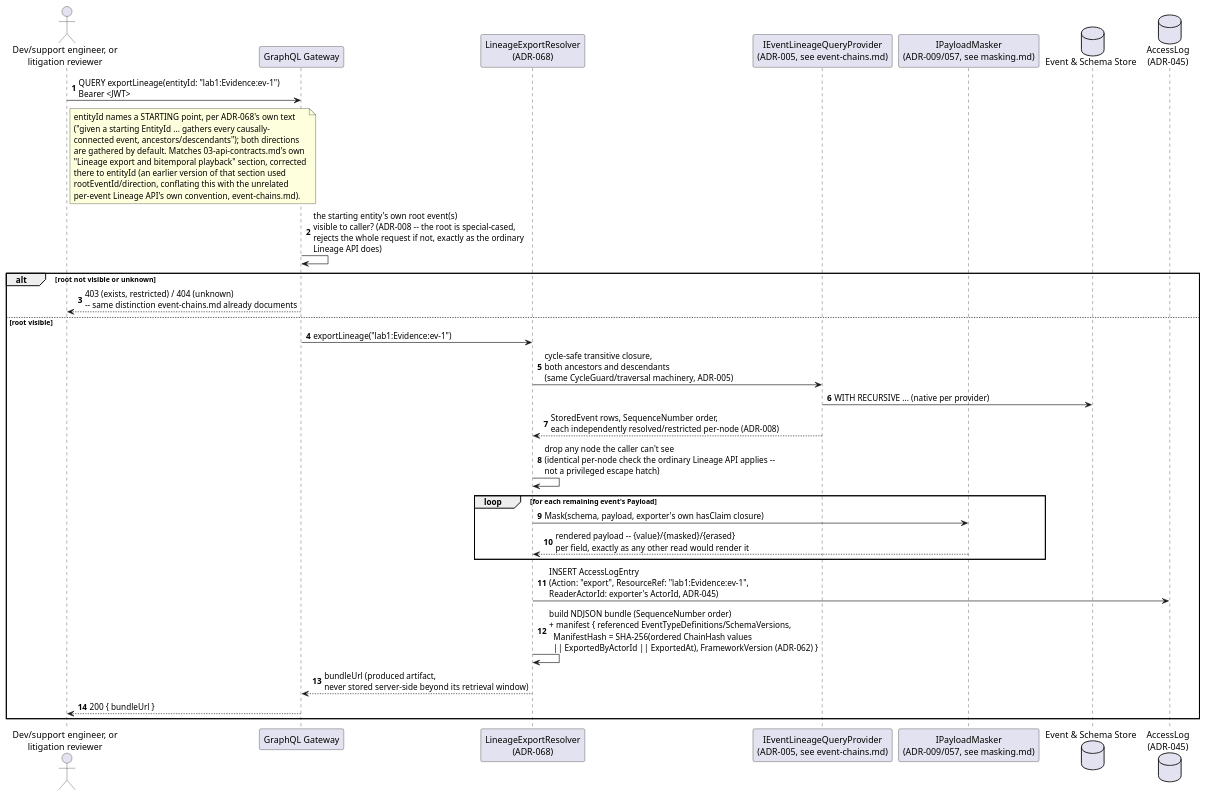
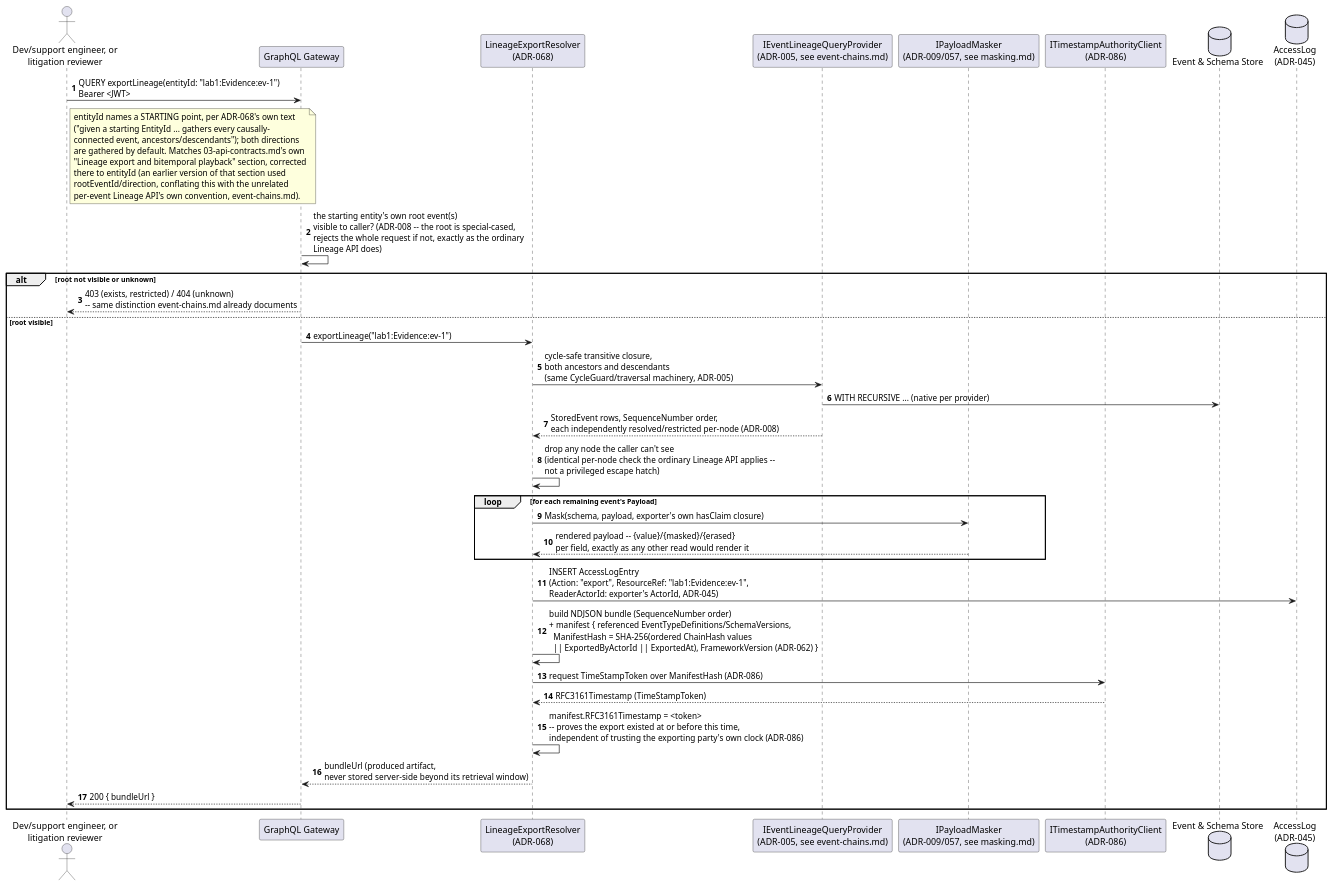
Before and after one commit to Mwwhited-BookLearning/EventSourcing: the first of 8 diagrams in docs/features/lineage-export-and-playback.md, drawn with PlantUML. The commit also changed other lines of this file and 11 other files, not shown here.

````diff
--- a/docs/features/lineage-export-and-playback.md
+++ b/docs/features/lineage-export-and-playback.md
@@ -81,42 +81,46 @@
 ```plantuml
 @startuml LineageExport_Export_Sequence
 autonumber
 actor "Dev/support engineer, or\nlitigation reviewer" as exporter
 participant "GraphQL Gateway" as gateway
 participant "LineageExportResolver\n(ADR-068)" as resolver
 participant "IEventLineageQueryProvider\n(ADR-005, see event-chains.md)" as lineageProvider
 participant "IPayloadMasker\n(ADR-009/057, see masking.md)" as masker
+participant "ITimestampAuthorityClient\n(ADR-086)" as tsa
 database "Event & Schema Store" as db
 database "AccessLog\n(ADR-045)" as accessLog
 
 exporter -> gateway: QUERY exportLineage(entityId: "lab1:Evidence:ev-1")\nBearer <JWT>
 note right of exporter
   entityId names a STARTING point, per ADR-068's own text
   ("given a starting EntityId ... gathers every causally-
   connected event, ancestors/descendants"); both directions
   are gathered by default. Matches 03-api-contracts.md's own
   "Lineage export and bitemporal playback" section, corrected
   there to entityId (an earlier version of that section used
   rootEventId/direction, conflating this with the unrelated
   per-event Lineage API's own convention, event-chains.md).
 end note
 gateway -> gateway: the starting entity's own root event(s)\nvisible to caller? (ADR-008 -- the root is special-cased,\nrejects the whole request if not, exactly as the ordinary\nLineage API does)
 alt root not visible or unknown
   gateway --> exporter: 403 (exists, restricted) / 404 (unknown)\n-- same distinction event-chains.md already documents
 else root visible
   gateway -> resolver: exportLineage("lab1:Evidence:ev-1")
   resolver -> lineageProvider: cycle-safe transitive closure,\nboth ancestors and descendants\n(same CycleGuard/traversal machinery, ADR-005)
   lineageProvider -> db: WITH RECURSIVE ... (native per provider)
   lineageProvider --> resolver: StoredEvent rows, SequenceNumber order,\neach independently resolved/restricted per-node (ADR-008)
   resolver -> resolver: drop any node the caller can't see\n(identical per-node check the ordinary Lineage API applies --\nnot a privileged escape hatch)
   loop for each remaining event's Payload
     resolver -> masker: Mask(schema, payload, exporter's own hasClaim closure)
     masker --> resolver: rendered payload -- {value}/{masked}/{erased}\nper field, exactly as any other read would render it
   end
   resolver -> accessLog: INSERT AccessLogEntry\n(Action: "export", ResourceRef: "lab1:Evidence:ev-1",\nReaderActorId: exporter's ActorId, ADR-045)
   resolver -> resolver: build NDJSON bundle (SequenceNumber order)\n+ manifest { referenced EventTypeDefinitions/SchemaVersions,\n  ManifestHash = SHA-256(ordered ChainHash values\n  || ExportedByActorId || ExportedAt), FrameworkVersion (ADR-062) }
+  resolver -> tsa: request TimeStampToken over ManifestHash (ADR-086)
+  tsa --> resolver: RFC3161Timestamp (TimeStampToken)
+  resolver -> resolver: manifest.RFC3161Timestamp = <token>\n-- proves the export existed at or before this time,\nindependent of trusting the exporting party's own clock (ADR-086)
   resolver --> gateway: bundleUrl (produced artifact,\nnever stored server-side beyond its retrieval window)
   gateway --> exporter: 200 { bundleUrl }
 end
 @enduml
 ```
````
